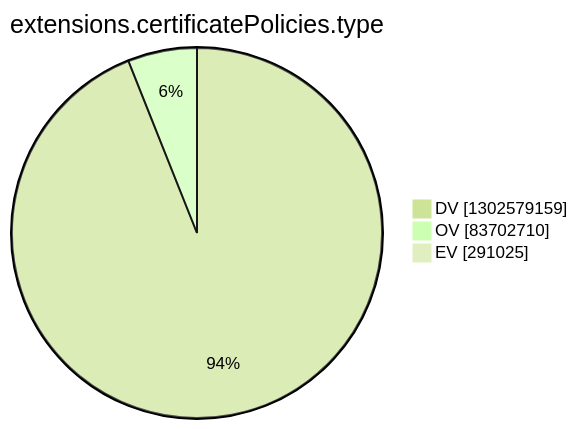
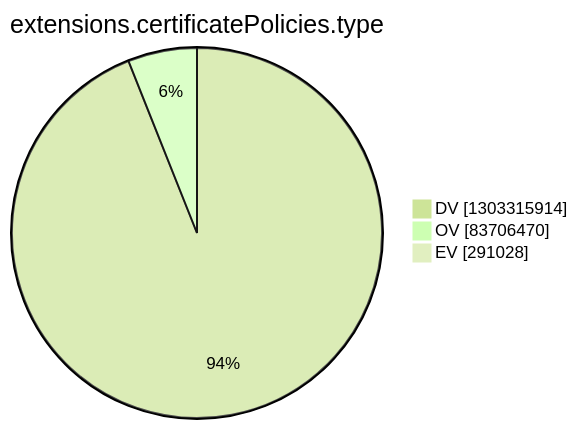
The tenth of 15 diagrams in argon2022/README.md (christiankrug/ctmonitor_visualization), drawn with Mermaid (forest theme) before and after one commit. The commit also changed other lines of this file, not shown here.

````diff
--- a/argon2022/README.md
+++ b/argon2022/README.md
@@ -2772,7 +2772,7 @@
 ```mermaid
 pie showData
 title extensions.certificatePolicies.type
-"DV" :1302579159
-"OV" :83702710
-"EV" :291025
+"DV" :1303315914
+"OV" :83706470
+"EV" :291028
 ```
````
